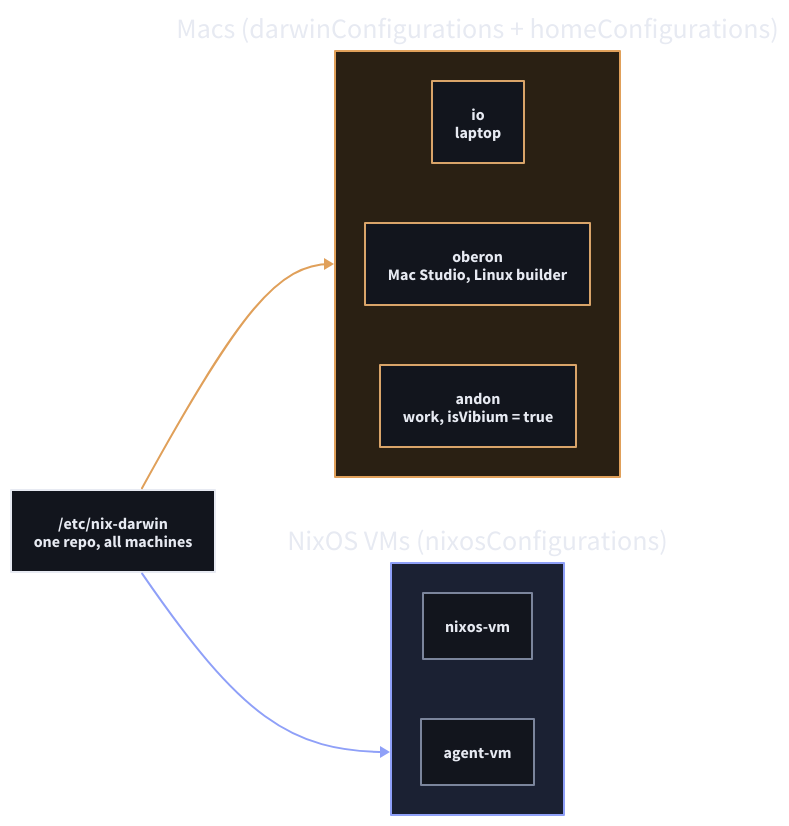
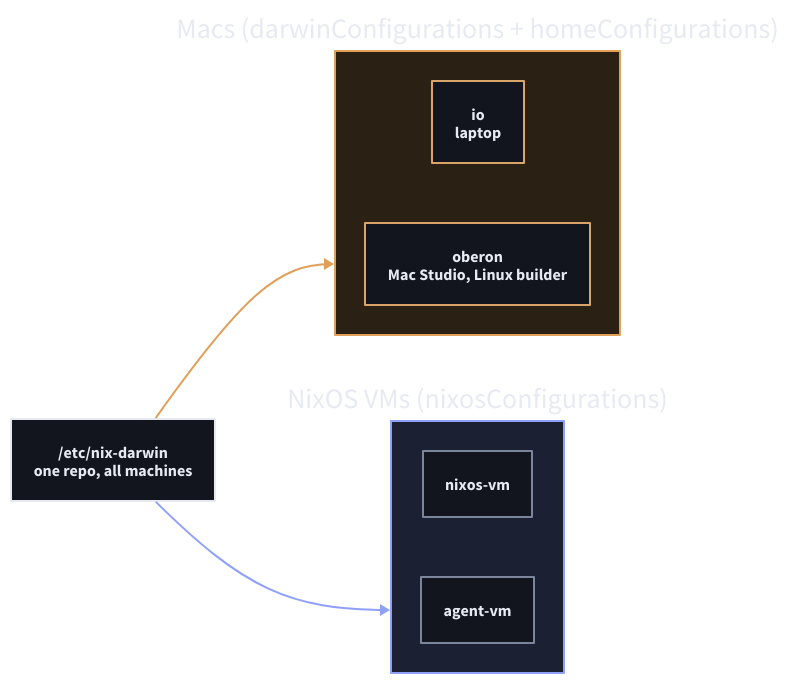
The diagram in docs/manual/diagrams/hosts-dark.d2 (paulsmith/nixos-config), drawn with D2 before and after one commit. The commit also changed 14 other files, not shown here.

First line of the commit message:
Remove the andon host and the isVibium flag

```diff
--- a/docs/manual/diagrams/hosts-dark.d2
+++ b/docs/manual/diagrams/hosts-dark.d2
@@ -1,32 +1,31 @@
 style.fill: transparent
 
 direction: right
 
 repo: "/etc/nix-darwin\none repo, all machines" {
   style.fill: "#12151d"
   style.stroke: "#e7eaf2"
   style.stroke-width: 2
   style.font-color: "#e7eaf2"
 }
 
 macs: "Macs (darwinConfigurations + homeConfigurations)" {
   style.fill: "#2a2013"
   style.stroke: "#e0a05a"
   style.font-color: "#e7eaf2"
 
   io: "io\nlaptop" { style.fill: "#12151d"; style.stroke: "#d9a469"; style.font-color: "#e7eaf2" }
   ob: "oberon\nMac Studio, Linux builder" { style.fill: "#12151d"; style.stroke: "#d9a469"; style.font-color: "#e7eaf2" }
-  an: "andon\nwork, isVibium = true" { style.fill: "#12151d"; style.stroke: "#d9a469"; style.font-color: "#e7eaf2" }
 }
 
 vms: "NixOS VMs (nixosConfigurations)" {
   style.fill: "#1b2133"
   style.stroke: "#8fa0f8"
   style.font-color: "#e7eaf2"
 
   nv: "nixos-vm" { style.fill: "#12151d"; style.stroke: "#7b859c"; style.font-color: "#e7eaf2" }
   av: "agent-vm" { style.fill: "#12151d"; style.stroke: "#7b859c"; style.font-color: "#e7eaf2" }
 }
 
 repo -> macs { style.stroke: "#e0a05a" }
 repo -> vms { style.stroke: "#8fa0f8" }
```
